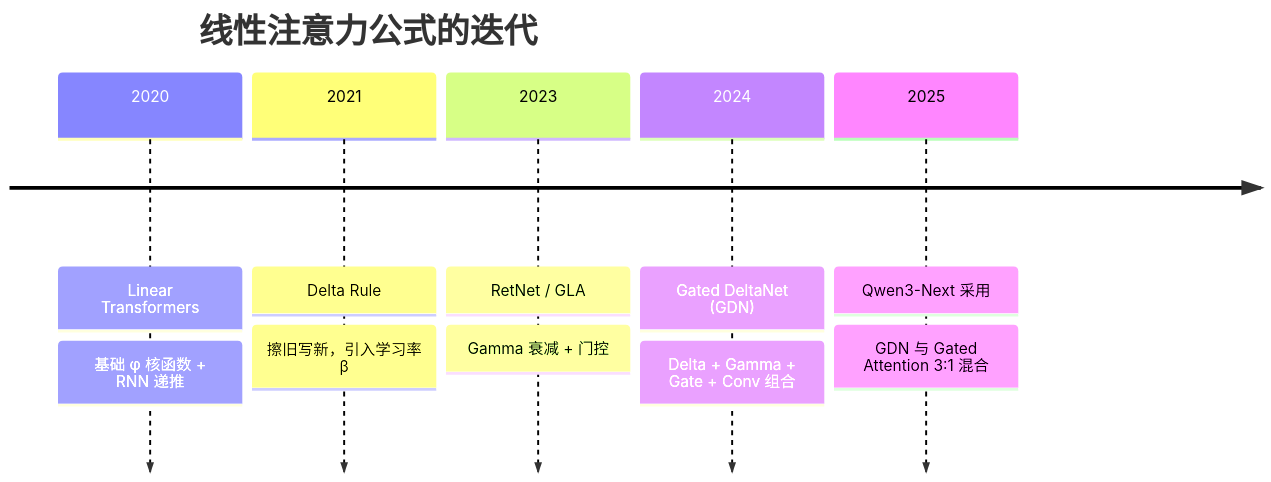
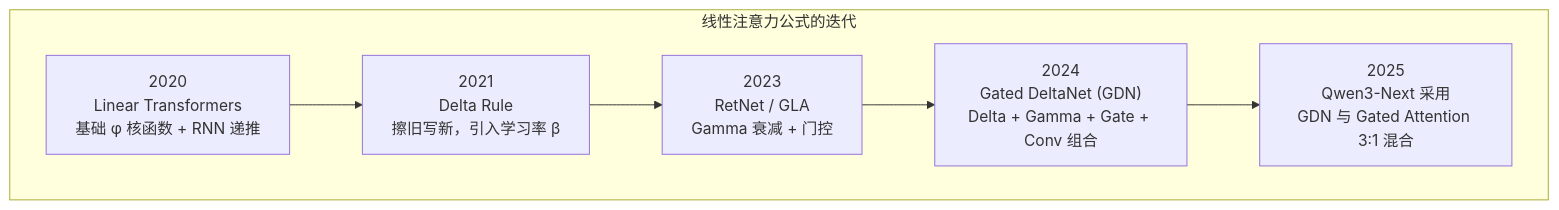
The fourth of 6 diagrams in content/MLSys/算子/Linear Attention.md (lj970926/cs-note), drawn with Mermaid before and after one commit. The commit also changed other lines of this file, not shown here.

Commit message:
vault backup: 2026-08-07 14:36:48

````diff
--- a/content/MLSys/算子/Linear Attention.md
+++ b/content/MLSys/算子/Linear Attention.md
@@ -163,9 +163,12 @@
 ```mermaid
-timeline
-    title 线性注意力公式的迭代
-    2020 : Linear Transformers : 基础 φ 核函数 + RNN 递推
-    2021 : Delta Rule : 擦旧写新，引入学习率 β
-    2023 : RetNet / GLA : Gamma 衰减 + 门控
-    2024 : Gated DeltaNet (GDN) : Delta + Gamma + Gate + Conv 组合
-    2025 : Qwen3-Next 采用 : GDN 与 Gated Attention 3:1 混合
+flowchart LR
+    subgraph "线性注意力公式的迭代"
+        direction LR
+        N1["2020<br/>Linear Transformers<br/>基础 φ 核函数 + RNN 递推"]
+        N2["2021<br/>Delta Rule<br/>擦旧写新，引入学习率 β"]
+        N3["2023<br/>RetNet / GLA<br/>Gamma 衰减 + 门控"]
+        N4["2024<br/>Gated DeltaNet (GDN)<br/>Delta + Gamma + Gate + Conv 组合"]
+        N5["2025<br/>Qwen3-Next 采用<br/>GDN 与 Gated Attention 3:1 混合"]
+        N1 --> N2 --> N3 --> N4 --> N5
+    end
 ```
````
